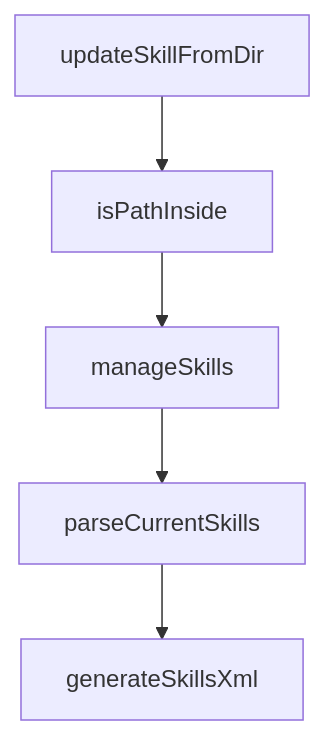
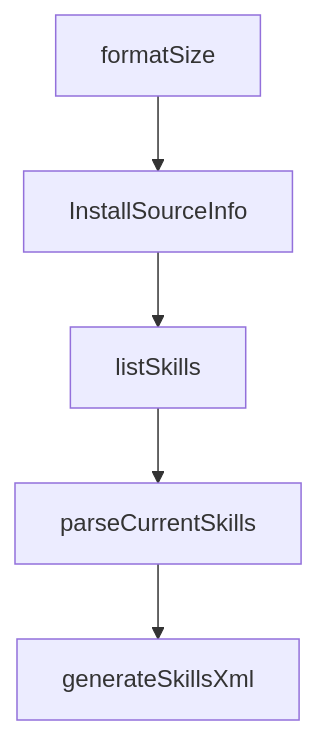
One commit to johnxie/awesome-code-docs changed the diagram in tutorials/openskills-tutorial/06-skill-authoring-and-packaging.md. Above: the diagram before and after it, drawn with Mermaid. The commit also changed other lines of this file and 1232 other files, not shown here.

````diff
--- a/tutorials/openskills-tutorial/06-skill-authoring-and-packaging.md
+++ b/tutorials/openskills-tutorial/06-skill-authoring-and-packaging.md
@@ -188,12 +198,12 @@
 ```mermaid
 flowchart TD
-    A[updateSkillFromDir]
-    B[isPathInside]
-    C[manageSkills]
+    A[formatSize]
+    B[InstallSourceInfo]
+    C[listSkills]
     D[parseCurrentSkills]
     E[generateSkillsXml]
     A --> B
     B --> C
     C --> D
     D --> E
 ```
````
